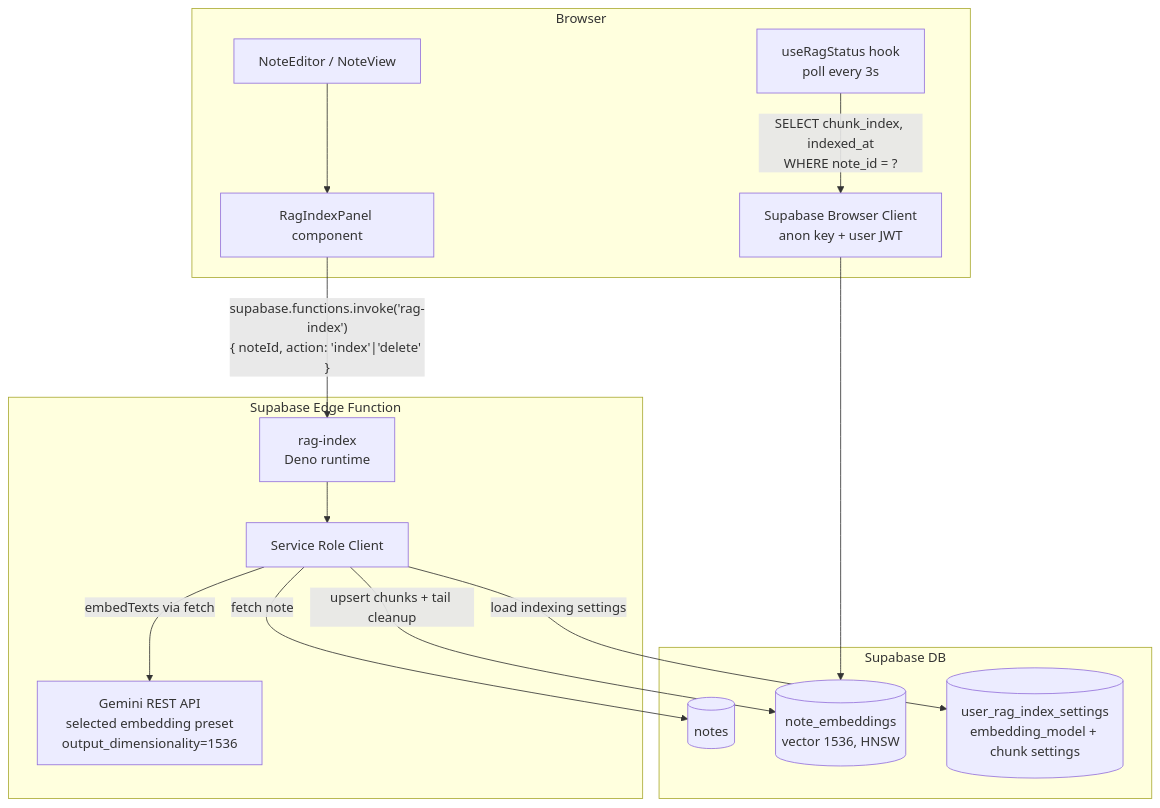
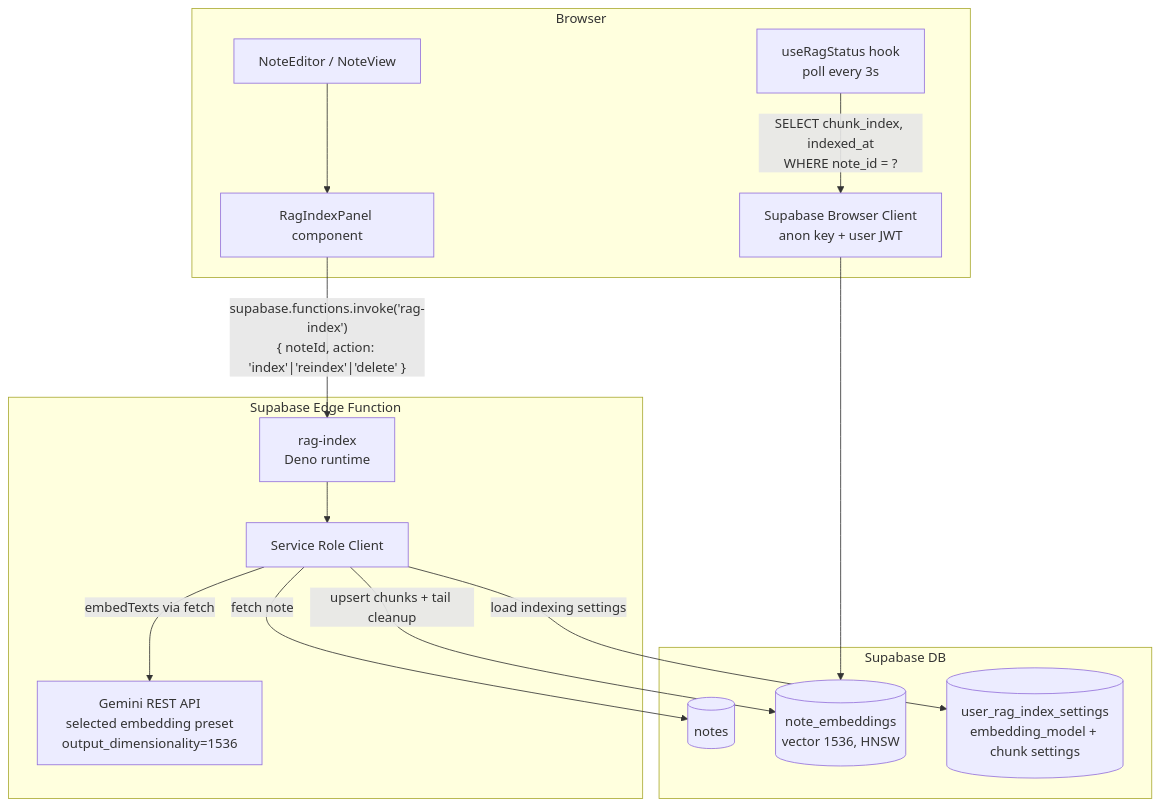
One commit to koreyba/EverFreeNote changed the diagram in docs/ai/design/feature-rag-note-indexing-ui.md. Above: the diagram before and after it, drawn with Mermaid. The commit also changed other lines of this file and 9 other files, not shown here.

````diff
--- a/docs/ai/design/feature-rag-note-indexing-ui.md
+++ b/docs/ai/design/feature-rag-note-indexing-ui.md
@@ -11,31 +11,31 @@
 ```mermaid
 graph TD
     subgraph Browser
         NE[NoteEditor / NoteView]
         RIP[RagIndexPanel component]
         HOOK[useRagStatus hook\npoll every 3s]
         SC[Supabase Browser Client\nanon key + user JWT]
     end
 
     subgraph Supabase Edge Function
         EF[rag-index\nDeno runtime]
         ADMIN[Service Role Client]
         GEMINI[Gemini REST API\nselected embedding preset\noutput_dimensionality=1536]
     end
 
     subgraph Supabase DB
         NE_TBL[(notes)]
         EMB_TBL[(note_embeddings\nvector 1536, HNSW)]
         SETTINGS[("user_rag_index_settings\nembedding_model + chunk settings")]
     end
 
     NE --> RIP
-    RIP -->|"supabase.functions.invoke('rag-index')\n{ noteId, action: 'index'|'delete' }"| EF
+    RIP -->|"supabase.functions.invoke('rag-index')\n{ noteId, action: 'index'|'reindex'|'delete' }"| EF
     HOOK -->|"SELECT chunk_index, indexed_at\nWHERE note_id = ?"| SC
     SC --> EMB_TBL
     EF --> ADMIN
     ADMIN -->|fetch note| NE_TBL
     ADMIN -->|load indexing settings| SETTINGS
     ADMIN -->|embedTexts via fetch| GEMINI
     ADMIN -->|upsert chunks + tail cleanup| EMB_TBL
 ```
````
